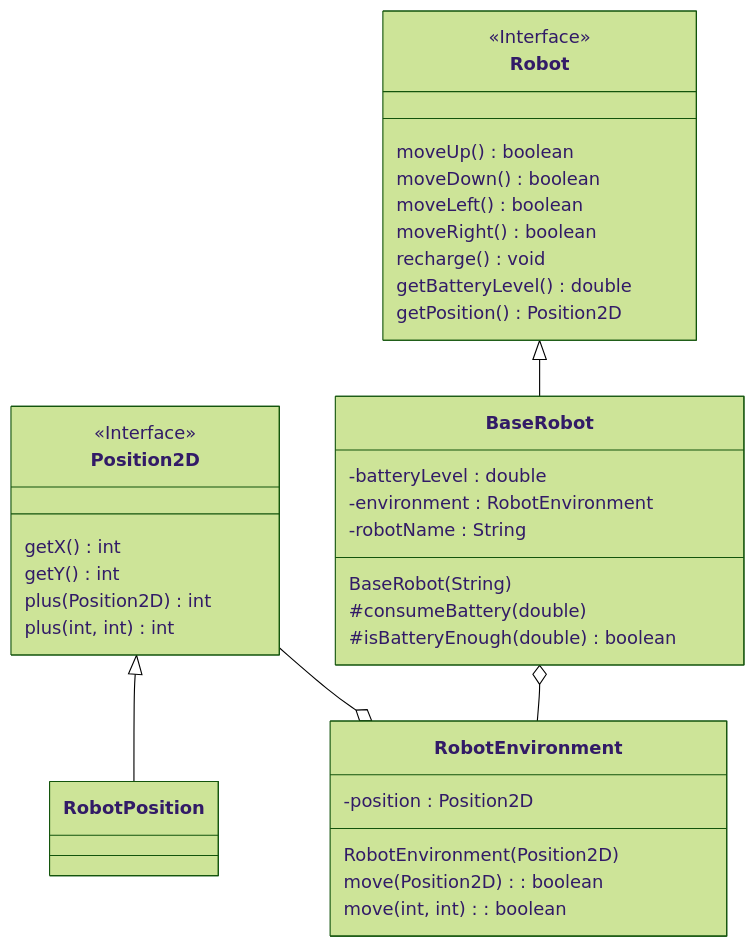
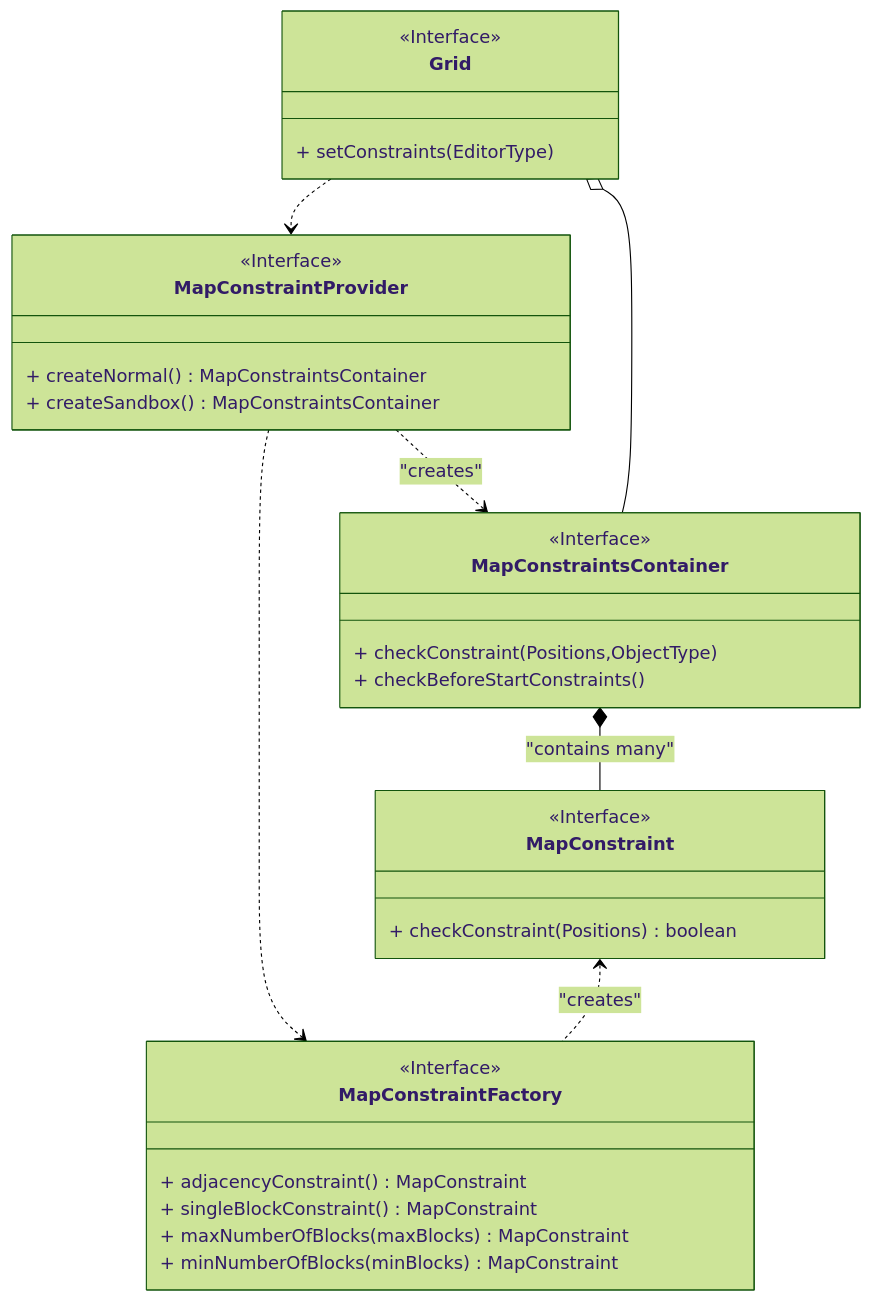
The first of 2 diagrams in Git-Obsidian/OOP/Appunti.md (delpiter/Git-Obsidian), drawn with Mermaid (forest theme) before and after one commit. The commit also changed other lines of this file and 8 other files, not shown here.

````diff
--- a/Git-Obsidian/OOP/Appunti.md
+++ b/Git-Obsidian/OOP/Appunti.md
@@ -21,38 +21,36 @@
 ```mermaid
 classDiagram
-    Position2D <|-- RobotPosition
-    Position2D --o RobotEnvironment
-    BaseRobot o-- RobotEnvironment
-    Robot <|-- BaseRobot
-    <<Interface>> Robot
-    <<Interface>> Position2D
-    class Position2D {
-        getX() int
-        getY() int
-        plus(Position2D) int
-        plus(int, int) int
+    class MapConstraint{
+        <<Interface>>
+        + checkConstraint(Positions)boolean
     }
-    class Robot {
-        moveUp() boolean
-        moveDown() boolean
-        moveLeft() boolean
-        moveRight() boolean
-        recharge() void
-        getBatteryLevel() double
-        getPosition() Position2D
+    class MapConstraintFactory{
+        <<Interface>>
+        + adjacencyConstraint()MapConstraint
+        + singleBlockConstraint()MapConstraint
+        + maxNumberOfBlocks(maxBlocks)MapConstraint
+        + minNumberOfBlocks(minBlocks)MapConstraint
     }
-    class BaseRobot {
-        -batteryLevel : double
-        -environment : RobotEnvironment
-        -robotName : String
-        BaseRobot(String)
-        #consumeBattery(double)
-        #isBatteryEnough(double) boolean
+    class MapConstraintProvider{
+        <<Interface>>
+        + createNormal()MapConstraintsContainer
+        + createSandbox()MapConstraintsContainer
     }
-    class RobotEnvironment {
-        -position : Position2D
-        RobotEnvironment(Position2D)
-        move(Position2D) : boolean
-        move(int, int) : boolean
+    class Grid{
+        <<Interface>>
+        + setConstraints(EditorType)
     }
+    class MapConstraintsContainer {
+        <<Interface>>
+        + checkConstraint(Positions,ObjectType)
+        + checkBeforeStartConstraints()
+    }
+
+
+    MapConstraintsContainer *-- MapConstraint : "contains many"
+    Grid ..> MapConstraintProvider
+    MapConstraintProvider ..> MapConstraintFactory
+    MapConstraint <.. MapConstraintFactory : "creates"
+    MapConstraintProvider ..> MapConstraintsContainer : "creates"
+    Grid o-- MapConstraintsContainer
 ```
````
